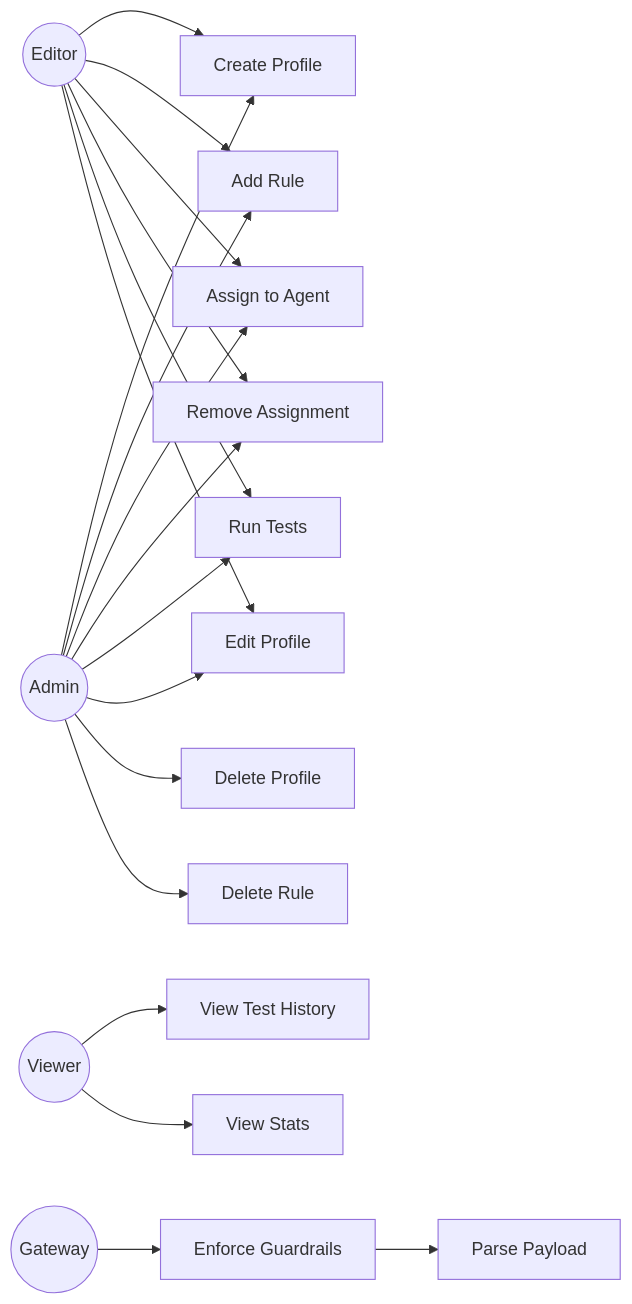
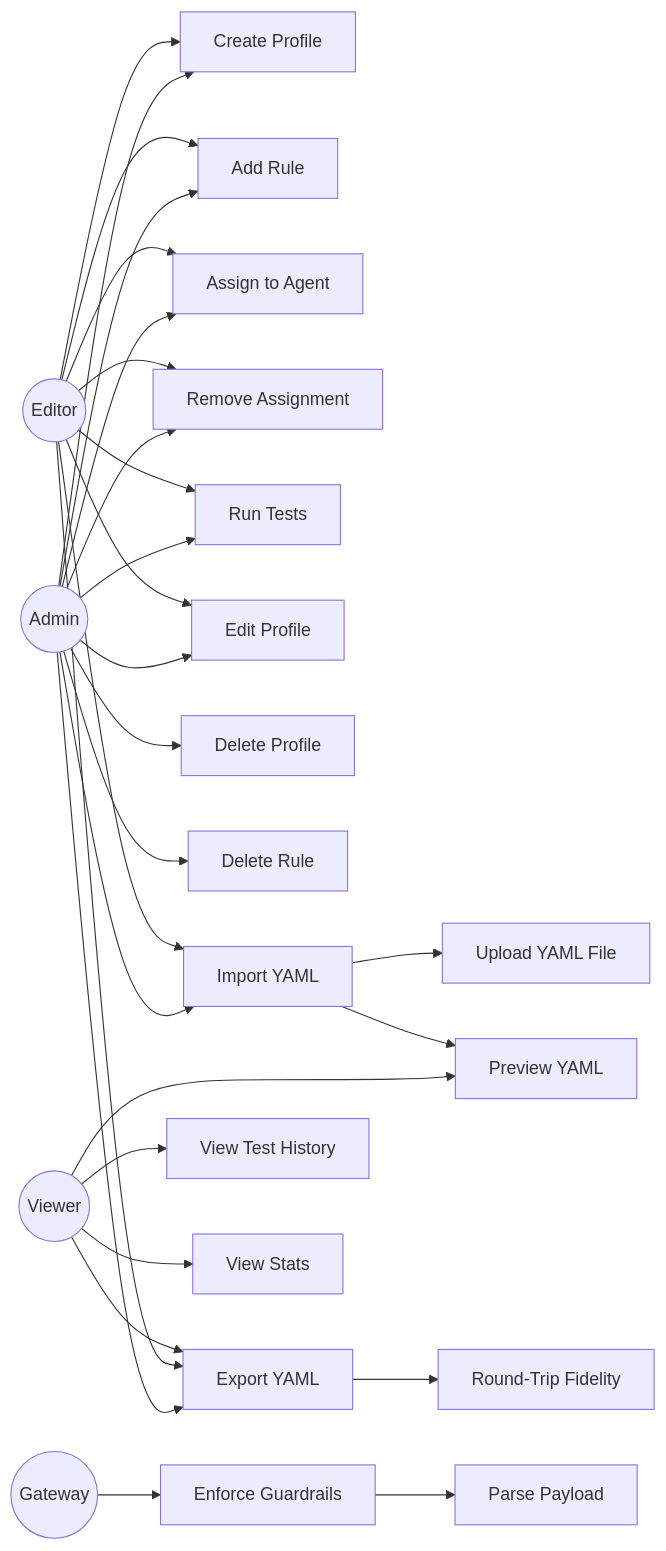
Before and after one commit to nelait/agentshield-dashboard: the diagram in docs/features/guardrails-use-cases.md, drawn with Mermaid. The commit also changed other lines of this file and 1 other file, not shown here.

First line of the commit message:
docs: add YAML guardrail use cases (UC-13 to UC-17) and test cases (TC-18 to TC-23)

````diff
--- a/docs/features/guardrails-use-cases.md
+++ b/docs/features/guardrails-use-cases.md
@@ -313,29 +467,38 @@
 ```mermaid
 graph LR
     Admin((Admin))
     Editor((Editor))
     Viewer((Viewer))
     Gateway((Gateway))
 
     Admin --> UC01[Create Profile]
     Admin --> UC02[Add Rule]
     Admin --> UC03[Assign to Agent]
     Admin --> UC04[Remove Assignment]
     Admin --> UC06[Run Tests]
     Admin --> UC08[Edit Profile]
     Admin --> UC09[Delete Profile]
     Admin --> UC10[Delete Rule]
+    Admin --> UC13[Export YAML]
+    Admin --> UC14[Import YAML]
 
     Editor --> UC01
     Editor --> UC02
     Editor --> UC03
     Editor --> UC04
     Editor --> UC06
     Editor --> UC08
+    Editor --> UC14
+    Editor --> UC13
 
     Viewer --> UC07[View Test History]
     Viewer --> UC11[View Stats]
+    Viewer --> UC13
+    Viewer --> UC15[Preview YAML]
 
     Gateway --> UC05[Enforce Guardrails]
     UC05 --> UC12[Parse Payload]
+    UC14 --> UC15
+    UC14 --> UC16[Upload YAML File]
+    UC13 --> UC17[Round-Trip Fidelity]
 ```
````
